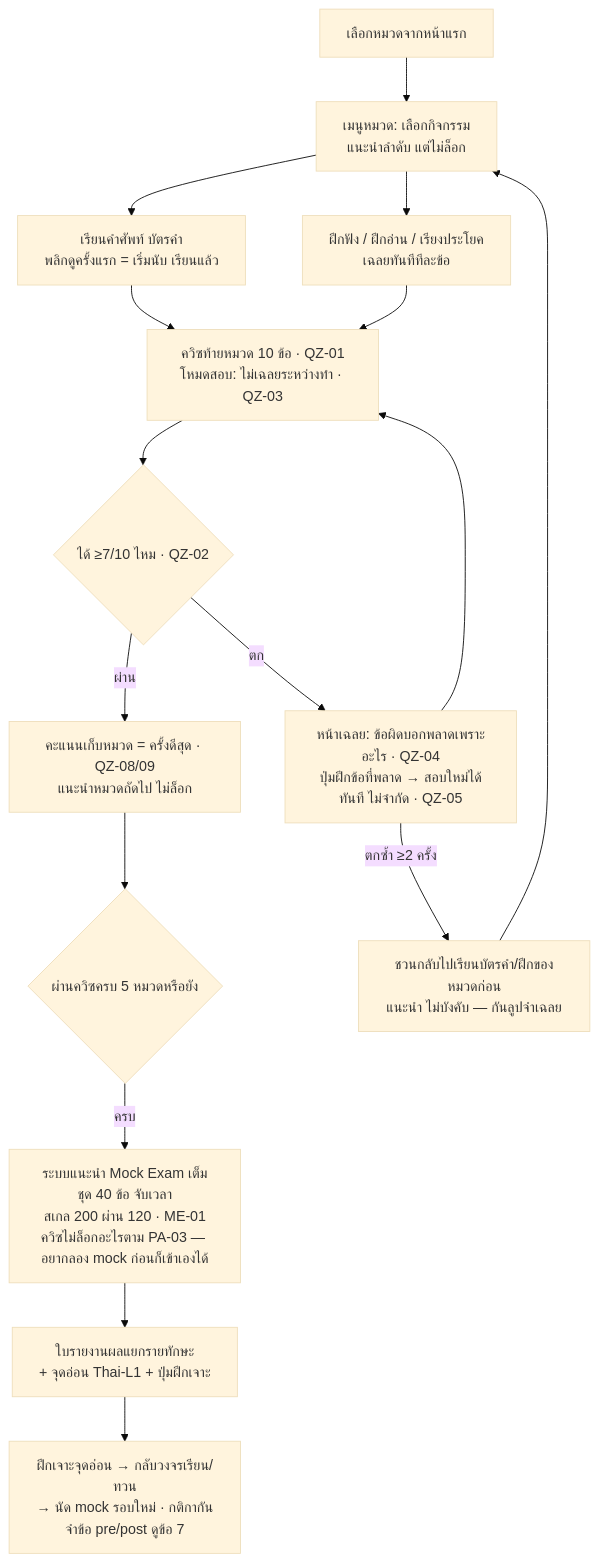
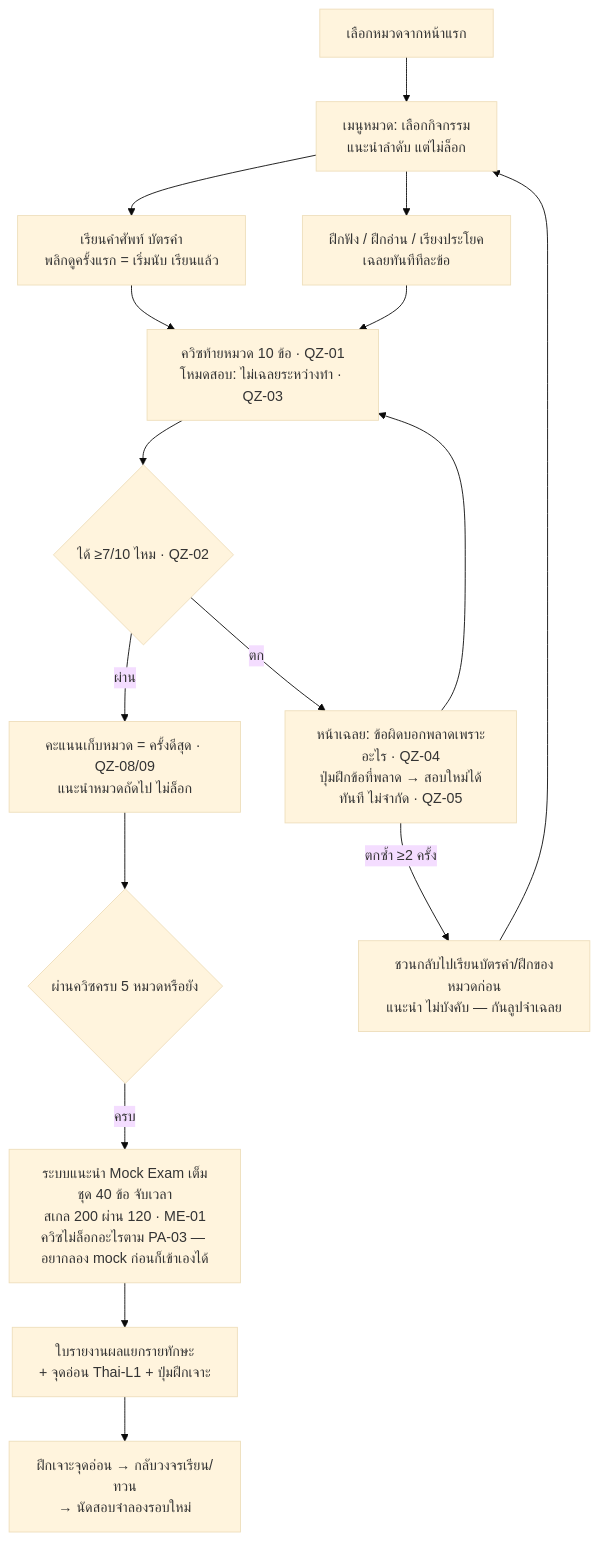
The third of 6 diagrams in docs/08_สเปค-พัฒนา/โฟลว์ผู้ใช้-สิทธิ์แอดมิน.md (barbon441/Intelligent-Chinese-Tutoring-System-for-Thai-Learners), drawn with Mermaid (base theme) before and after one commit. The commit also changed other lines of this file and 1 other file, not shown here.

Commit message:
Flow diagrams: plain working language only — decision provenance moved out of boxes into rulebook (Ball's feedback); rule codes kept as compact cross-refs

````diff
--- a/docs/08_สเปค-พัฒนา/โฟลว์ผู้ใช้-สิทธิ์แอดมิน.md
+++ b/docs/08_สเปค-พัฒนา/โฟลว์ผู้ใช้-สิทธิ์แอดมิน.md
@@ -84,18 +84,18 @@
 ```mermaid
 flowchart TD
     A[เลือกหมวดจากหน้าแรก] --> B[เมนูหมวด: เลือกกิจกรรม<br/>แนะนำลำดับ แต่ไม่ล็อก]
     B --> C[เรียนคำศัพท์ บัตรคำ<br/>พลิกดูครั้งแรก = เริ่มนับ เรียนแล้ว]
     B --> D[ฝึกฟัง / ฝึกอ่าน / เรียงประโยค<br/>เฉลยทันทีทีละข้อ]
     C --> E[ควิซท้ายหมวด 10 ข้อ · QZ-01<br/>โหมดสอบ: ไม่เฉลยระหว่างทำ · QZ-03]
     D --> E
     E --> F{ได้ ≥7/10 ไหม · QZ-02}
     F -- ผ่าน --> G[คะแนนเก็บหมวด = ครั้งดีสุด · QZ-08/09<br/>แนะนำหมวดถัดไป ไม่ล็อก]
     F -- ตก --> H[หน้าเฉลย: ข้อผิดบอกพลาดเพราะอะไร · QZ-04<br/>ปุ่มฝึกข้อที่พลาด → สอบใหม่ได้ทันที ไม่จำกัด · QZ-05]
     H -- ตกซ้ำ ≥2 ครั้ง --> H2[ชวนกลับไปเรียนบัตรคำ/ฝึกของหมวดก่อน<br/>แนะนำ ไม่บังคับ — กันลูปจำเฉลย]
     H --> E
     H2 --> B
     G --> I{ผ่านควิซครบ 5 หมวดหรือยัง}
     I -- ครบ --> J[ระบบแนะนำ Mock Exam เต็มชุด 40 ข้อ จับเวลา<br/>สเกล 200 ผ่าน 120 · ME-01<br/>ควิซไม่ล็อกอะไรตาม PA-03 — อยากลอง mock ก่อนก็เข้าเองได้]
     J --> K[ใบรายงานผลแยกรายทักษะ<br/>+ จุดอ่อน Thai-L1 + ปุ่มฝึกเจาะ]
-    K --> L[ฝึกเจาะจุดอ่อน → กลับวงจรเรียน/ทวน<br/>→ นัด mock รอบใหม่ · กติกากันจำข้อ pre/post ดูข้อ 7]
+    K --> L[ฝึกเจาะจุดอ่อน → กลับวงจรเรียน/ทวน<br/>→ นัดสอบจำลองรอบใหม่]
 ```
````
